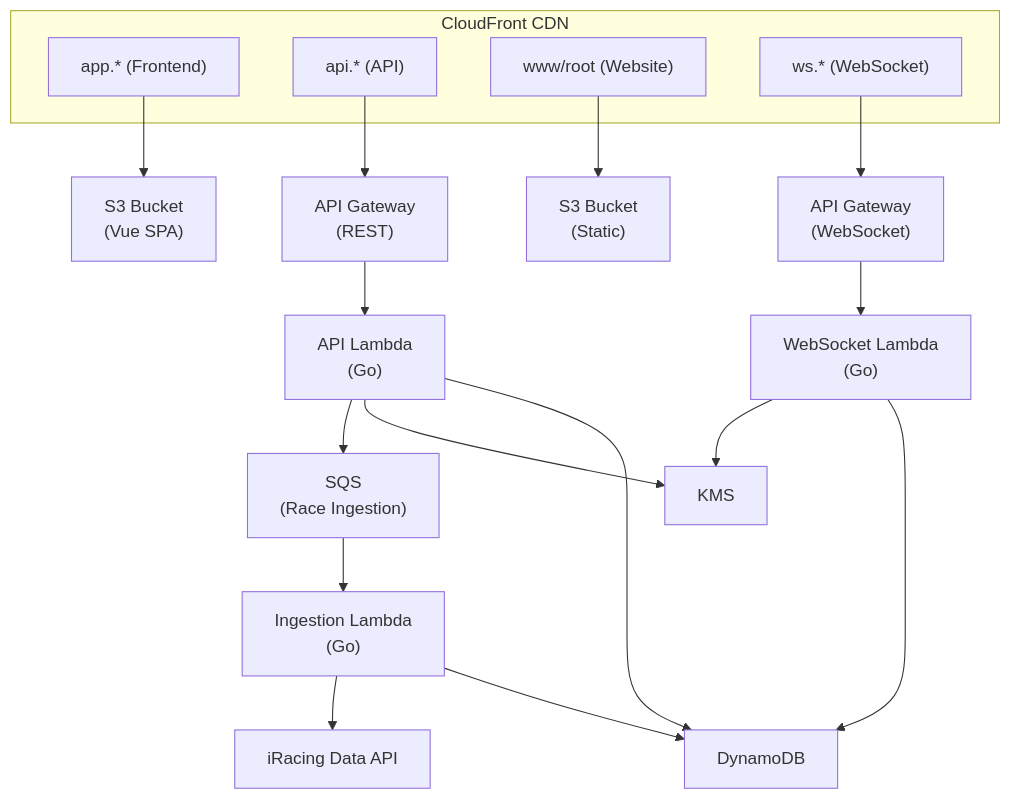
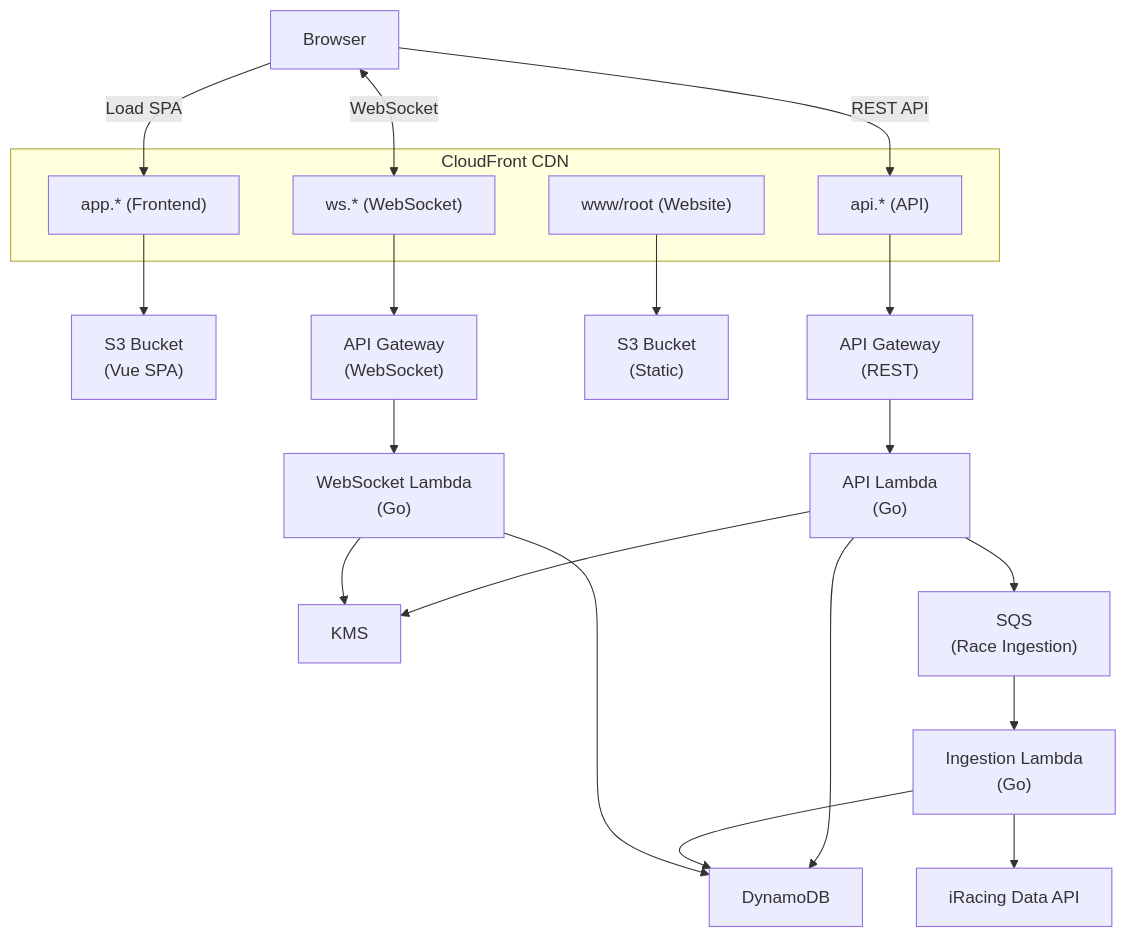
One commit to jonsabados/saturdaysspinout changed the diagram in README.md. Above: the diagram before and after it, drawn with Mermaid. The commit also changed other lines of this file and 36 other files, not shown here.

````diff
--- a/README.md
+++ b/README.md
@@ -21,27 +21,33 @@
 ```mermaid
 flowchart TB
+    Browser["Browser"]
+
+    Browser -->|"Load SPA"| CF1
+    Browser -->|"REST API"| CF2
+    Browser <-->|"WebSocket"| CF4
+
     subgraph CloudFront["CloudFront CDN"]
         CF1["app.* (Frontend)"]
         CF2["api.* (API)"]
         CF3["www/root (Website)"]
         CF4["ws.* (WebSocket)"]
     end
 
     CF1 --> S3_SPA["S3 Bucket<br/>(Vue SPA)"]
     CF2 --> APIGW["API Gateway<br/>(REST)"]
     CF3 --> S3_Static["S3 Bucket<br/>(Static)"]
     CF4 --> WS_APIGW
 
     APIGW --> Lambda["API Lambda<br/>(Go)"]
     Lambda --> DynamoDB["DynamoDB"]
     Lambda --> KMS["KMS"]
     Lambda --> SQS["SQS<br/>(Race Ingestion)"]
 
     SQS --> IngestionLambda["Ingestion Lambda<br/>(Go)"]
     IngestionLambda --> DynamoDB
     IngestionLambda --> iRacingAPI["iRacing Data API"]
 
     WS_APIGW["API Gateway<br/>(WebSocket)"] --> WS_Lambda["WebSocket Lambda<br/>(Go)"]
     WS_Lambda --> DynamoDB
     WS_Lambda --> KMS["KMS"]
 ```
````
